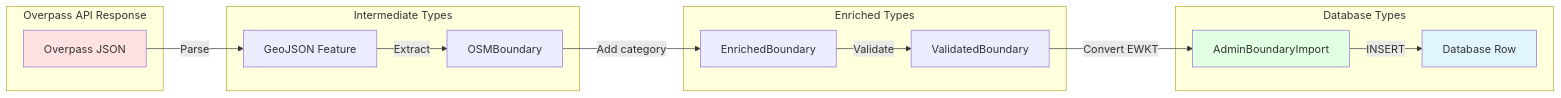
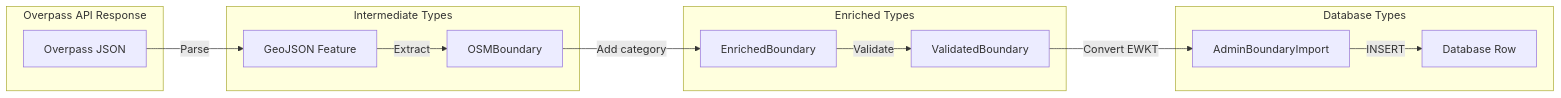
One commit to DaxServer/geocode-commons-categories changed the ninth of 12 diagrams in docs/import/data-flow.md. Above: the diagram before and after it, drawn with Mermaid. The commit also changed other lines of this file and 5 other files, not shown here.

````diff
--- a/docs/import/data-flow.md
+++ b/docs/import/data-flow.md
@@ -517,32 +515,29 @@
 ```mermaid
 graph LR
     subgraph "Overpass API Response"
         OSM[Overpass JSON]
     end
 
     subgraph "Intermediate Types"
         GEO[GeoJSON Feature]
         OSMB[OSMBoundary]
     end
 
     subgraph "Enriched Types"
         ENRICH[EnrichedBoundary]
         VALID[ValidatedBoundary]
     end
 
     subgraph "Database Types"
         IMPORT[AdminBoundaryImport]
         ROW[Database Row]
     end
 
     OSM -->|Parse| GEO
     GEO -->|Extract| OSMB
     OSMB -->|Add category| ENRICH
     ENRICH -->|Validate| VALID
     VALID -->|Convert EWKT| IMPORT
     IMPORT -->|INSERT| ROW
 
-    style OSM fill:#ffe1e1
-    style IMPORT fill:#e1ffe1
-    style ROW fill:#e1f5ff
 ```
````
